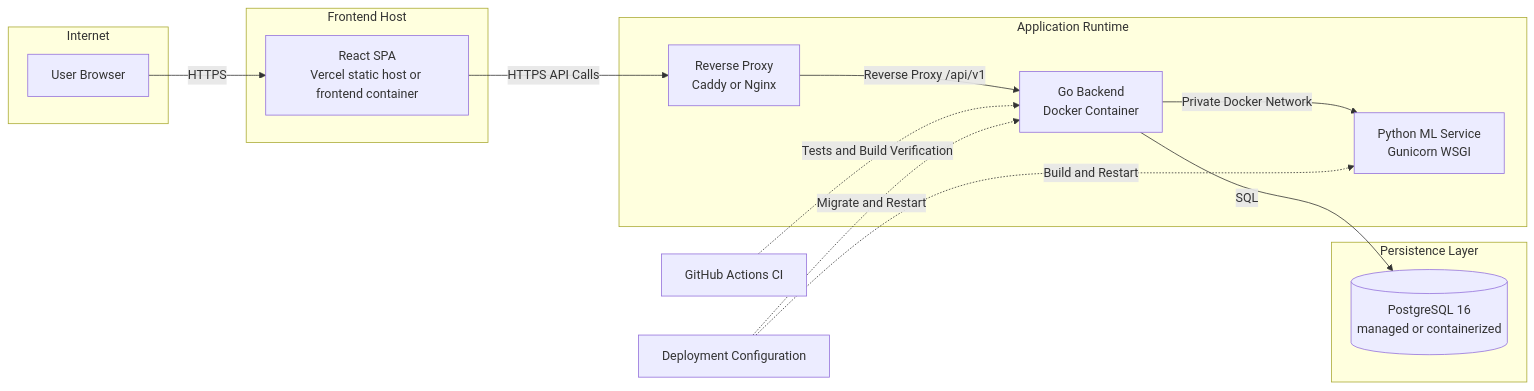
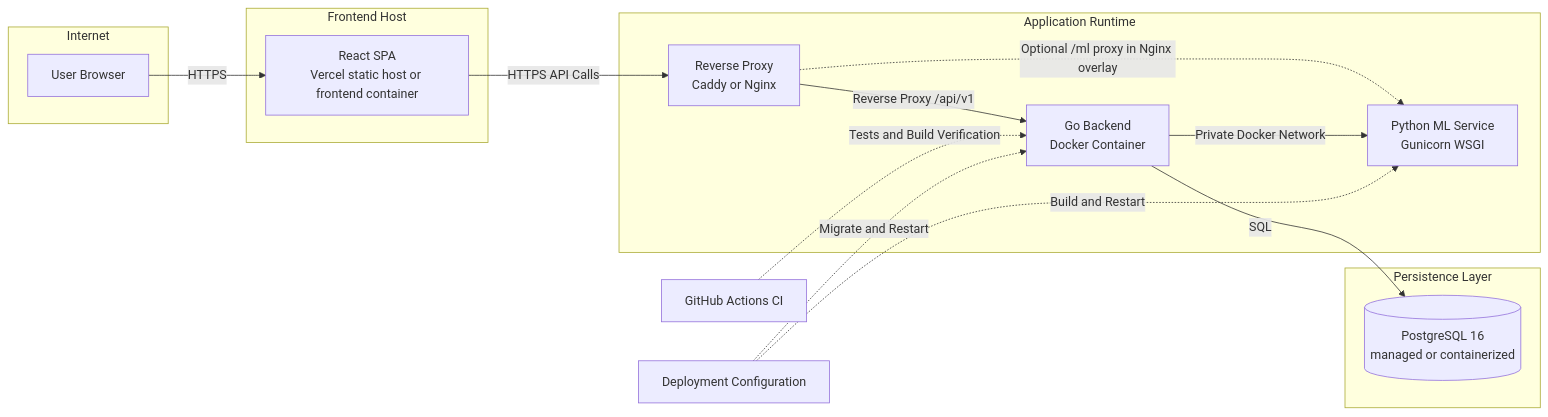
The seventh of 7 diagrams in docs/07-research/thesis-drafts/ch3+4.md (Skufu/DianaV2), drawn with Mermaid before and after one commit. The commit also changed other lines of this file and 5 other files, not shown here.

````diff
--- a/docs/07-research/thesis-drafts/ch3+4.md
+++ b/docs/07-research/thesis-drafts/ch3+4.md
@@ -1177,30 +1177,31 @@
 ```mermaid
 graph LR
     subgraph Internet
         A[User Browser]
     end
 
     subgraph FrontendHost["Frontend Host"]
         B[React SPA<br/>Vercel static host or frontend container]
     end
 
     subgraph Runtime["Application Runtime"]
         P[Reverse Proxy<br/>Caddy or Nginx]
         C[Go Backend<br/>Docker Container]
         D[Python ML Service<br/>Gunicorn WSGI]
     end
 
     subgraph DataLayer["Persistence Layer"]
         F[(PostgreSQL 16<br/>managed or containerized)]
     end
 
     A -->|HTTPS| B
     B -->|HTTPS API Calls| P
     P -->|Reverse Proxy /api/v1| C
+    P -.->|Optional /ml proxy in Nginx overlay| D
     C -->|Private Docker Network| D
     C -->|SQL| F
 
     G[GitHub Actions CI] -.->|Tests and Build Verification| C
     H[Deployment Configuration] -.->|Migrate and Restart| C
     H -.->|Build and Restart| D
 ```
````
